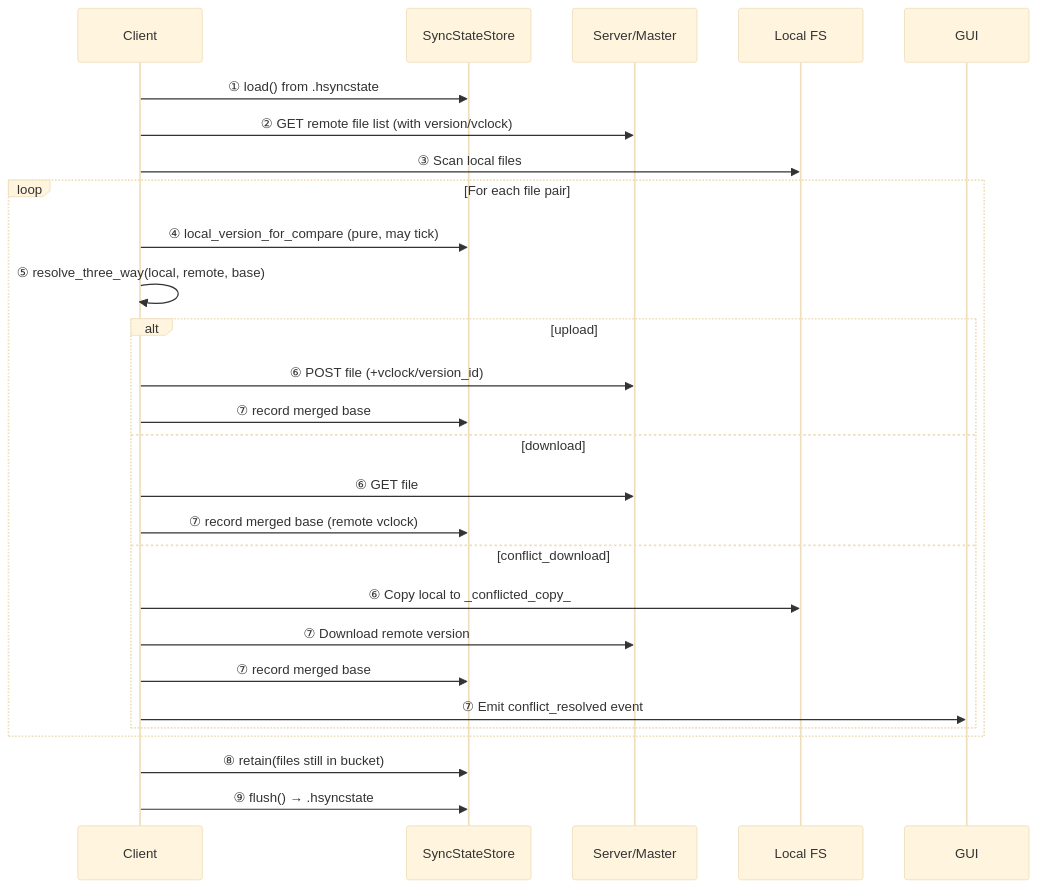
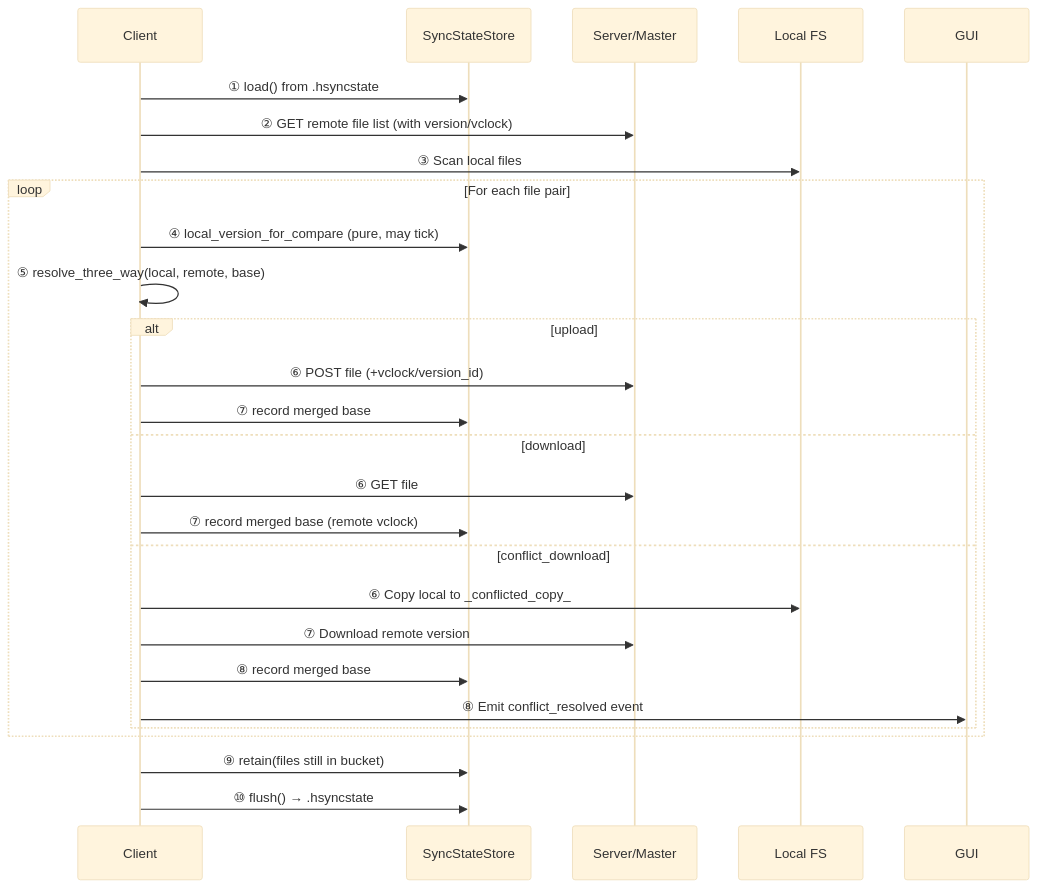
One commit to albertsdk/hsync-client changed the second of 3 diagrams in docs/conflict-resolution.md. Above: the diagram before and after it, drawn with Mermaid (base theme). The commit also changed other lines of this file and 1 other file, not shown here.

First line of the commit message:
docs(conflict-resolution): expand causal conflict model with full decision matrix

````diff
--- a/docs/conflict-resolution.md
+++ b/docs/conflict-resolution.md
@@ -143,31 +217,31 @@
 ```mermaid
 sequenceDiagram
     participant C as Client
     participant SS as SyncStateStore
     participant S as Server/Master
     participant FS as Local FS
 
     C->>SS: ① load() from .hsyncstate
     C->>S: ② GET remote file list (with version/vclock)
     C->>FS: ③ Scan local files
 
     loop For each file pair
         C->>SS: ④ local_version_for_compare (pure, may tick)
         C->>C: ⑤ resolve_three_way(local, remote, base)
         alt upload
             C->>S: ⑥ POST file (+vclock/version_id)
             C->>SS: ⑦ record merged base
         else download
             C->>S: ⑥ GET file
             C->>SS: ⑦ record merged base (remote vclock)
         else conflict_download
             C->>FS: ⑥ Copy local to _conflicted_copy_
             C->>S: ⑦ Download remote version
-            C->>SS: ⑦ record merged base
-            C->>GUI: ⑦ Emit conflict_resolved event
+            C->>SS: ⑧ record merged base
+            C->>GUI: ⑧ Emit conflict_resolved event
         end
     end
 
-    C->>SS: ⑧ retain(files still in bucket)
-    C->>SS: ⑨ flush() → .hsyncstate
+    C->>SS: ⑨ retain(files still in bucket)
+    C->>SS: ⑩ flush() → .hsyncstate
 ```
````
